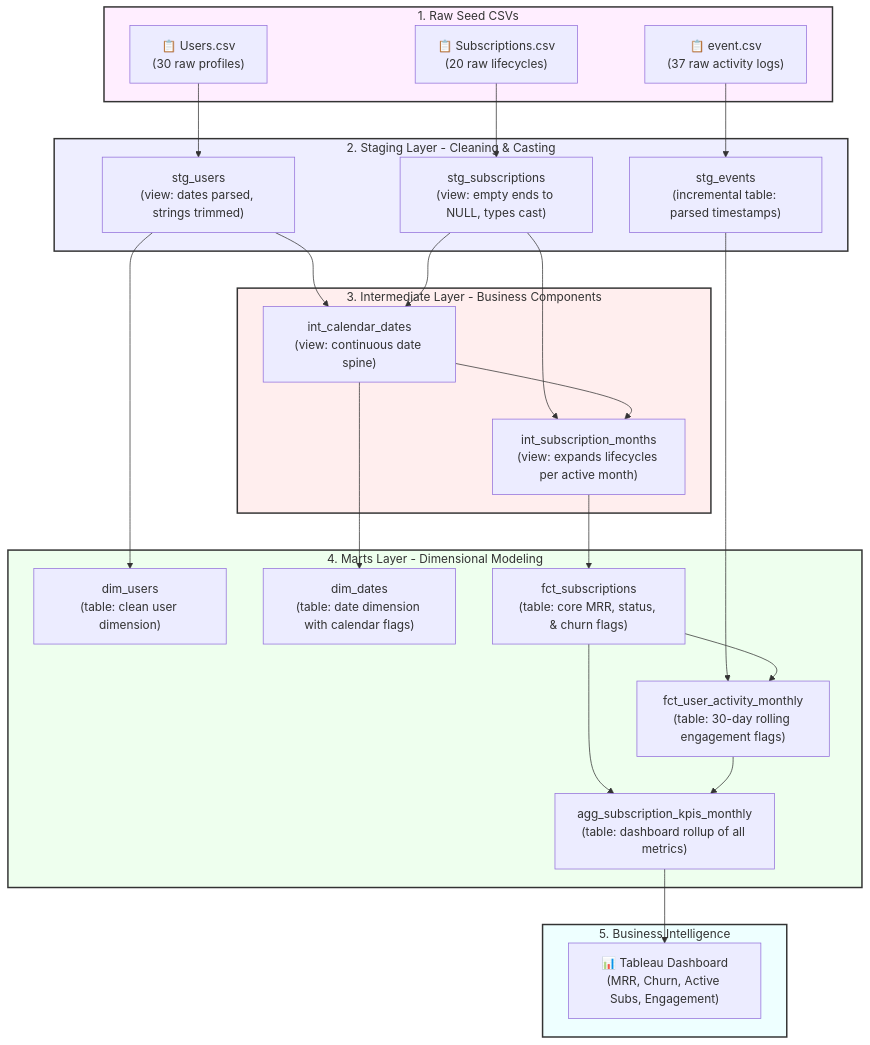
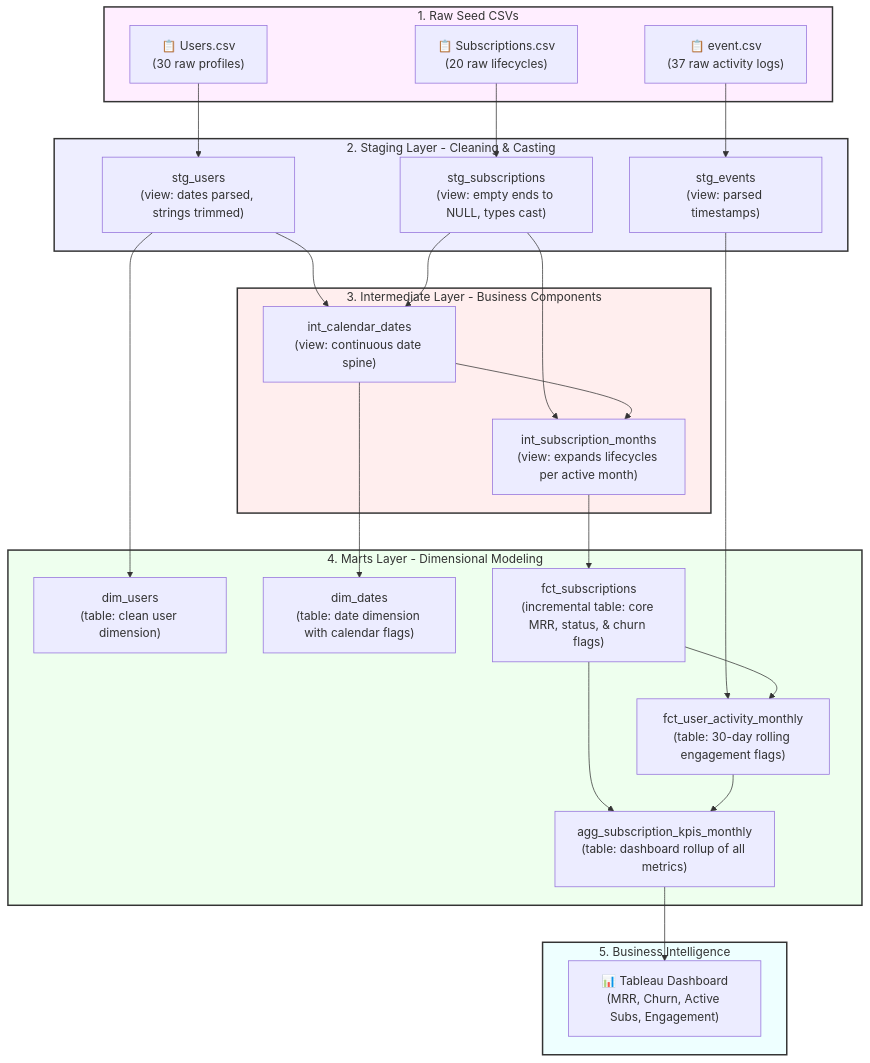
Before and after one commit to ShivakumarVeerapur/DBT_SaaS: the diagram in README.md, drawn with Mermaid. The commit also changed other lines of this file, not shown here.

Commit message:
docs: update README for view staging, incremental marts, and new snapshots

````diff
--- a/README.md
+++ b/README.md
@@ -25,63 +25,63 @@
 ```mermaid
 graph TD
     %% Source Seeds
     subgraph Seeds [1. Raw Seed CSVs]
         S_Users["📋 Users.csv<br/>(30 raw profiles)"]
         S_Subs["📋 Subscriptions.csv<br/>(20 raw lifecycles)"]
         S_Events["📋 event.csv<br/>(37 raw activity logs)"]
     end
 
     %% Staging Views
     subgraph Staging [2. Staging Layer - Cleaning & Casting]
         stg_U["stg_users<br/>(view: dates parsed, strings trimmed)"]
         stg_S["stg_subscriptions<br/>(view: empty ends to NULL, types cast)"]
-        stg_E["stg_events<br/>(incremental table: parsed timestamps)"]
+        stg_E["stg_events<br/>(view: parsed timestamps)"]
     end
 
     %% Intermediate Views
     subgraph Intermediate [3. Intermediate Layer - Business Components]
         int_Cal["int_calendar_dates<br/>(view: continuous date spine)"]
         int_Subs["int_subscription_months<br/>(view: expands lifecycles per active month)"]
     end
 
     %% Marts Tables
     subgraph Marts [4. Marts Layer - Dimensional Modeling]
         dim_U["dim_users<br/>(table: clean user dimension)"]
         dim_D["dim_dates<br/>(table: date dimension with calendar flags)"]
-        fct_S["fct_subscriptions<br/>(table: core MRR, status, & churn flags)"]
+        fct_S["fct_subscriptions<br/>(incremental table: core MRR, status, & churn flags)"]
         fct_UA["fct_user_activity_monthly<br/>(table: 30-day rolling engagement flags)"]
         agg_KPI["agg_subscription_kpis_monthly<br/>(table: dashboard rollup of all metrics)"]
     end
 
     %% BI Layer
     subgraph BI [5. Business Intelligence]
         Tableau["📊 Tableau Dashboard<br/>(MRR, Churn, Active Subs, Engagement)"]
     end
 
     %% Connections
     S_Users --> stg_U
     S_Subs --> stg_S
     S_Events --> stg_E
 
     stg_U --> int_Cal
     stg_S --> int_Cal
     stg_S --> int_Subs
     int_Cal --> int_Subs
 
     stg_U --> dim_U
     int_Cal --> dim_D
     int_Subs --> fct_S
     stg_E --> fct_UA
     fct_S --> fct_UA
     fct_S --> agg_KPI
     fct_UA --> agg_KPI
 
     agg_KPI --> Tableau
 
     %% Styling
     style Seeds fill:#fef,stroke:#333,stroke-width:2px
     style Staging fill:#eef,stroke:#333,stroke-width:2px
     style Intermediate fill:#fee,stroke:#333,stroke-width:2px
     style Marts fill:#efe,stroke:#333,stroke-width:2px
     style BI fill:#eff,stroke:#333,stroke-width:2px
 ```
````
